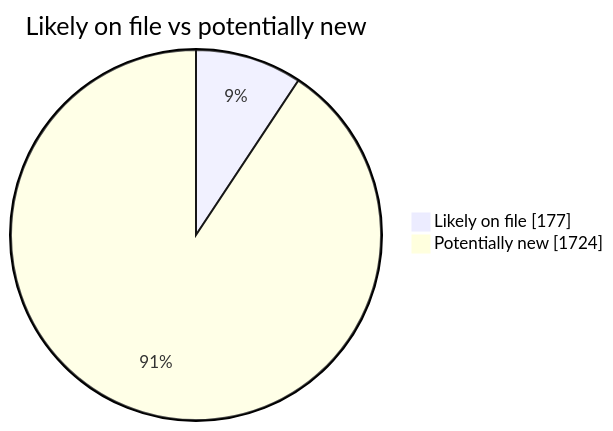
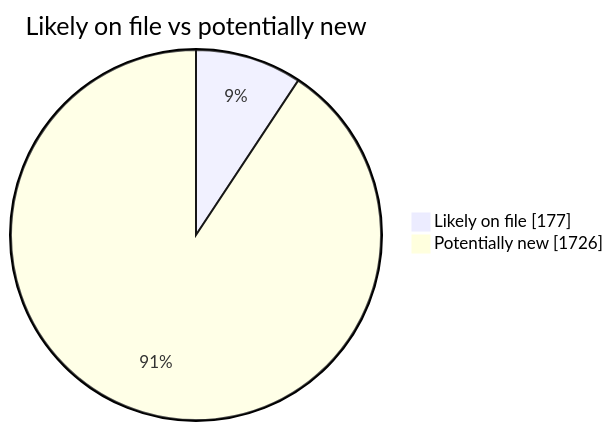
The second of 4 diagrams in README.md (martinbalfanz/social-scanner-reports), drawn with Mermaid before and after one commit. The commit also changed other lines of this file and 4 other files, not shown here.

````diff
--- a/README.md
+++ b/README.md
@@ -40,5 +40,5 @@
 ```mermaid
 pie showData title Likely on file vs potentially new
     "Likely on file" : 177
-    "Potentially new" : 1724
+    "Potentially new" : 1726
 ```
````
